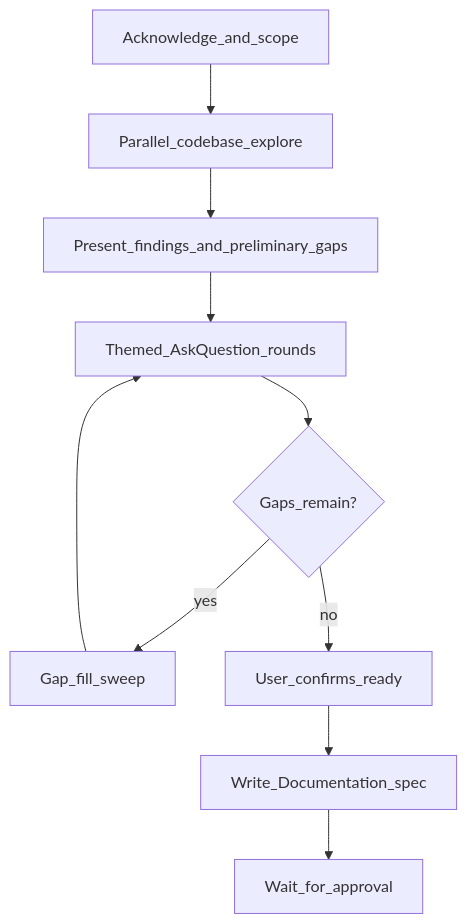
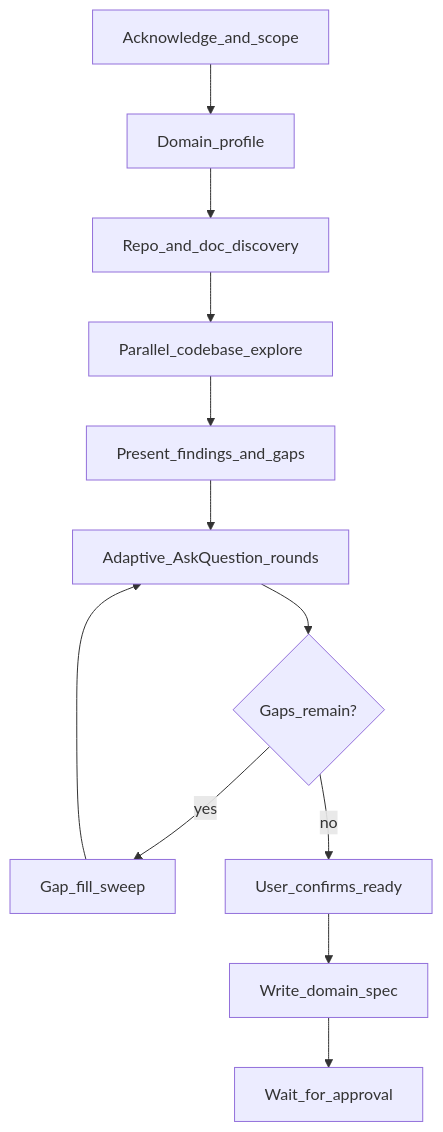
Before and after one commit to MPSQUARK/AgentSkills: the diagram in design-document-discovery/SKILL.md, drawn with Mermaid. The commit also changed other lines of this file and 4 other files, not shown here.

````diff
--- a/design-document-discovery/SKILL.md
+++ b/design-document-discovery/SKILL.md
@@ -57,12 +59,14 @@
 ```mermaid
 flowchart TD
-    A[Acknowledge_and_scope] --> B[Parallel_codebase_explore]
-    B --> C[Present_findings_and_preliminary_gaps]
-    C --> D[Themed_AskQuestion_rounds]
-    D --> E{Gaps_remain?}
-    E -->|yes| F[Gap_fill_sweep]
-    F --> D
-    E -->|no| G[User_confirms_ready]
-    G --> H[Write_Documentation_spec]
-    H --> I[Wait_for_approval]
+    A[Acknowledge_and_scope] --> B[Domain_profile]
+    B --> C[Repo_and_doc_discovery]
+    C --> D[Parallel_codebase_explore]
+    D --> E[Present_findings_and_gaps]
+    E --> F[Adaptive_AskQuestion_rounds]
+    F --> G{Gaps_remain?}
+    G -->|yes| H[Gap_fill_sweep]
+    H --> F
+    G -->|no| I[User_confirms_ready]
+    I --> J[Write_domain_spec]
+    J --> K[Wait_for_approval]
 ```
````
